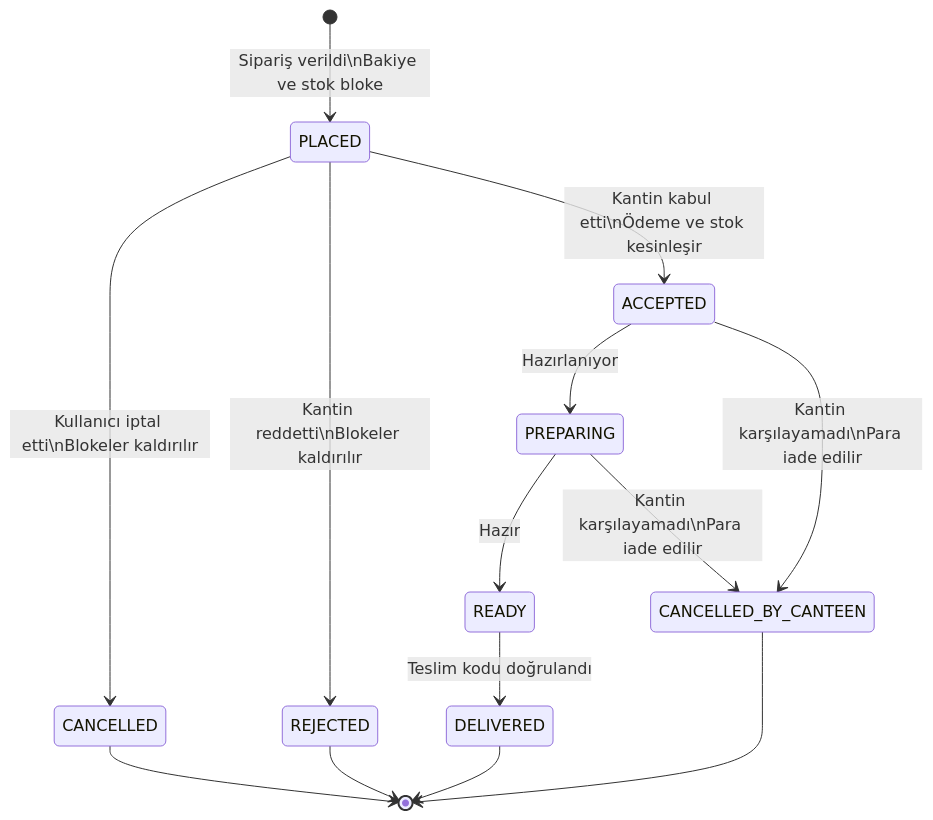
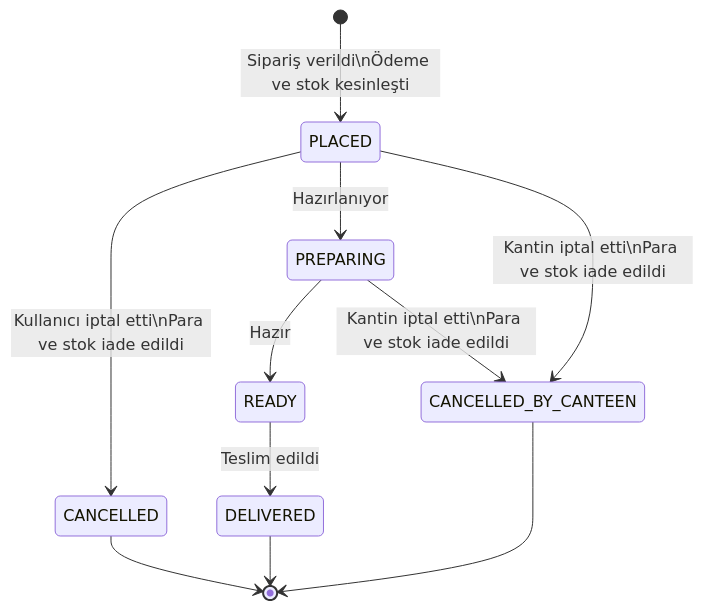
One commit to Furkandm8xs1/facilititesforstudents changed the second of 2 diagrams in docs/architecture.md. Above: the diagram before and after it, drawn with Mermaid. The commit also changed other lines of this file and 13 other files, not shown here.

Commit message:
refactor: simplify canteen order flow

````diff
--- a/docs/architecture.md
+++ b/docs/architecture.md
@@ -199,16 +198,13 @@
 ```mermaid
 stateDiagram-v2
-    [*] --> PLACED: Sipariş verildi\nBakiye ve stok bloke
-    PLACED --> CANCELLED: Kullanıcı iptal etti\nBlokeler kaldırılır
-    PLACED --> REJECTED: Kantin reddetti\nBlokeler kaldırılır
-    PLACED --> ACCEPTED: Kantin kabul etti\nÖdeme ve stok kesinleşir
-    ACCEPTED --> PREPARING: Hazırlanıyor
+    [*] --> PLACED: Sipariş verildi\nÖdeme ve stok kesinleşti
+    PLACED --> CANCELLED: Kullanıcı iptal etti\nPara ve stok iade edildi
+    PLACED --> PREPARING: Hazırlanıyor
     PREPARING --> READY: Hazır
-    READY --> DELIVERED: Teslim kodu doğrulandı
-    ACCEPTED --> CANCELLED_BY_CANTEEN: Kantin karşılayamadı\nPara iade edilir
-    PREPARING --> CANCELLED_BY_CANTEEN: Kantin karşılayamadı\nPara iade edilir
+    READY --> DELIVERED: Teslim edildi
+    PLACED --> CANCELLED_BY_CANTEEN: Kantin iptal etti\nPara ve stok iade edildi
+    PREPARING --> CANCELLED_BY_CANTEEN: Kantin iptal etti\nPara ve stok iade edildi
     DELIVERED --> [*]
     CANCELLED --> [*]
-    REJECTED --> [*]
     CANCELLED_BY_CANTEEN --> [*]
 ```
````
